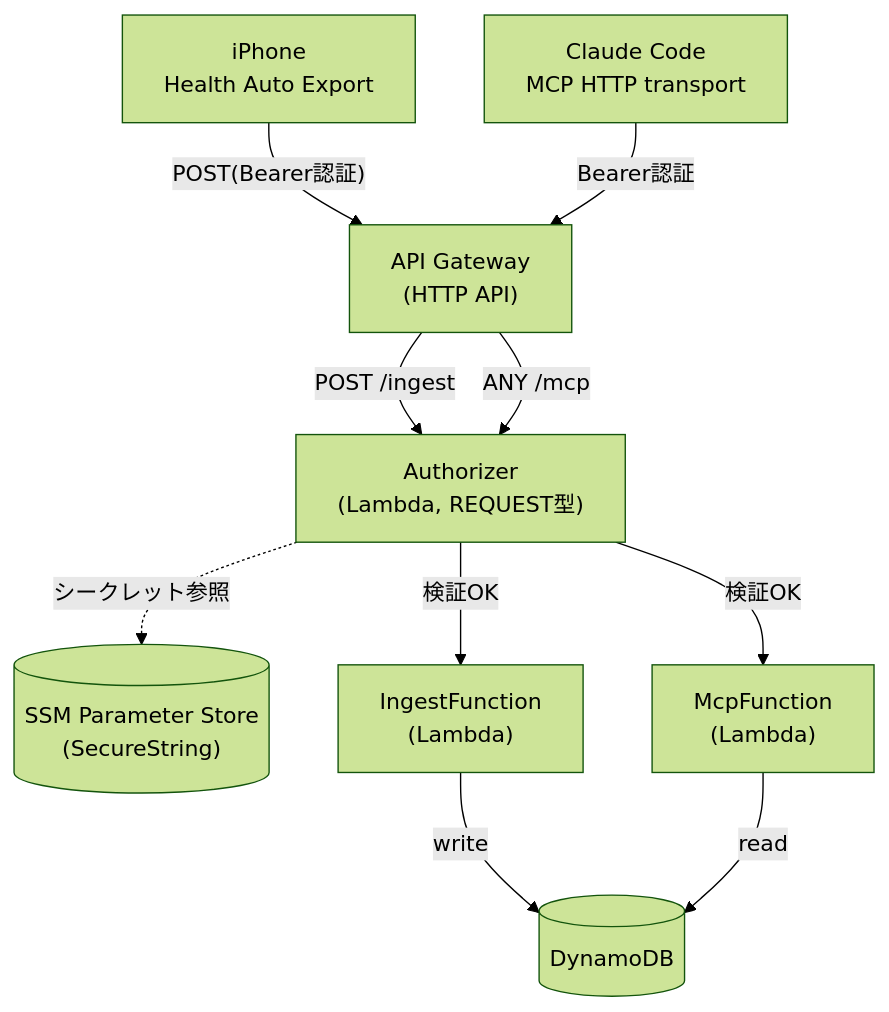
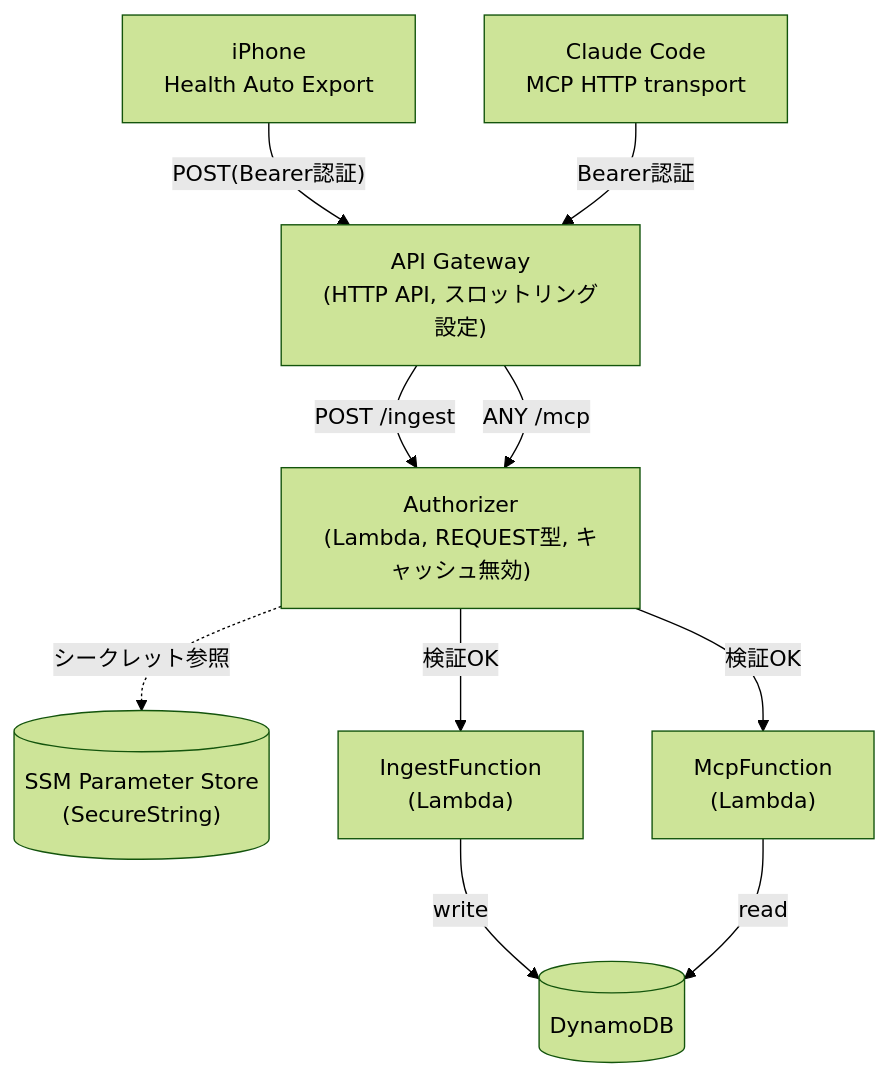
The diagram in docs/基本設計.md (HitoshiTakaira/applewatch-vitalpipe-mcp-serverless), drawn with Mermaid (forest theme) before and after one commit. The commit also changed other lines of this file and 1 other file, not shown here.

````diff
--- a/docs/基本設計.md
+++ b/docs/基本設計.md
@@ -7,24 +7,24 @@
 ```mermaid
 flowchart TD
     iPhone["iPhone<br/>Health Auto Export"]
     ClaudeCode["Claude Code<br/>MCP HTTP transport"]
-    APIGW["API Gateway<br/>(HTTP API)"]
-    Authorizer["Authorizer<br/>(Lambda, REQUEST型)"]
+    APIGW["API Gateway<br/>(HTTP API, スロットリング設定)"]
+    Authorizer["Authorizer<br/>(Lambda, REQUEST型, キャッシュ無効)"]
     SSM[("SSM Parameter Store<br/>(SecureString)")]
     IngestFn["IngestFunction<br/>(Lambda)"]
     McpFn["McpFunction<br/>(Lambda)"]
     DynamoDB[("DynamoDB")]
 
     iPhone -->|"POST(Bearer認証)"| APIGW
     ClaudeCode -->|"Bearer認証"| APIGW
 
     APIGW -->|"POST /ingest"| Authorizer
     APIGW -->|"ANY /mcp"| Authorizer
 
     Authorizer -->|"検証OK"| IngestFn
     Authorizer -->|"検証OK"| McpFn
     Authorizer -.->|"シークレット参照"| SSM
 
     IngestFn -->|write| DynamoDB
     McpFn -->|read| DynamoDB
 ```
````
